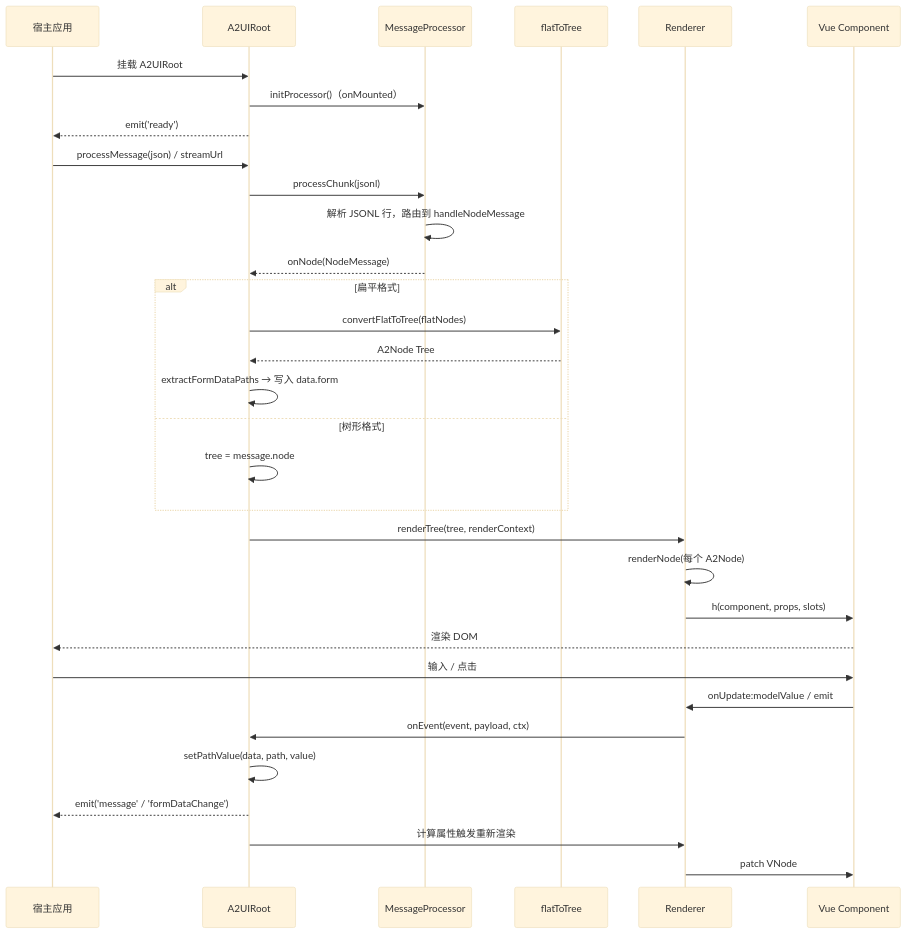
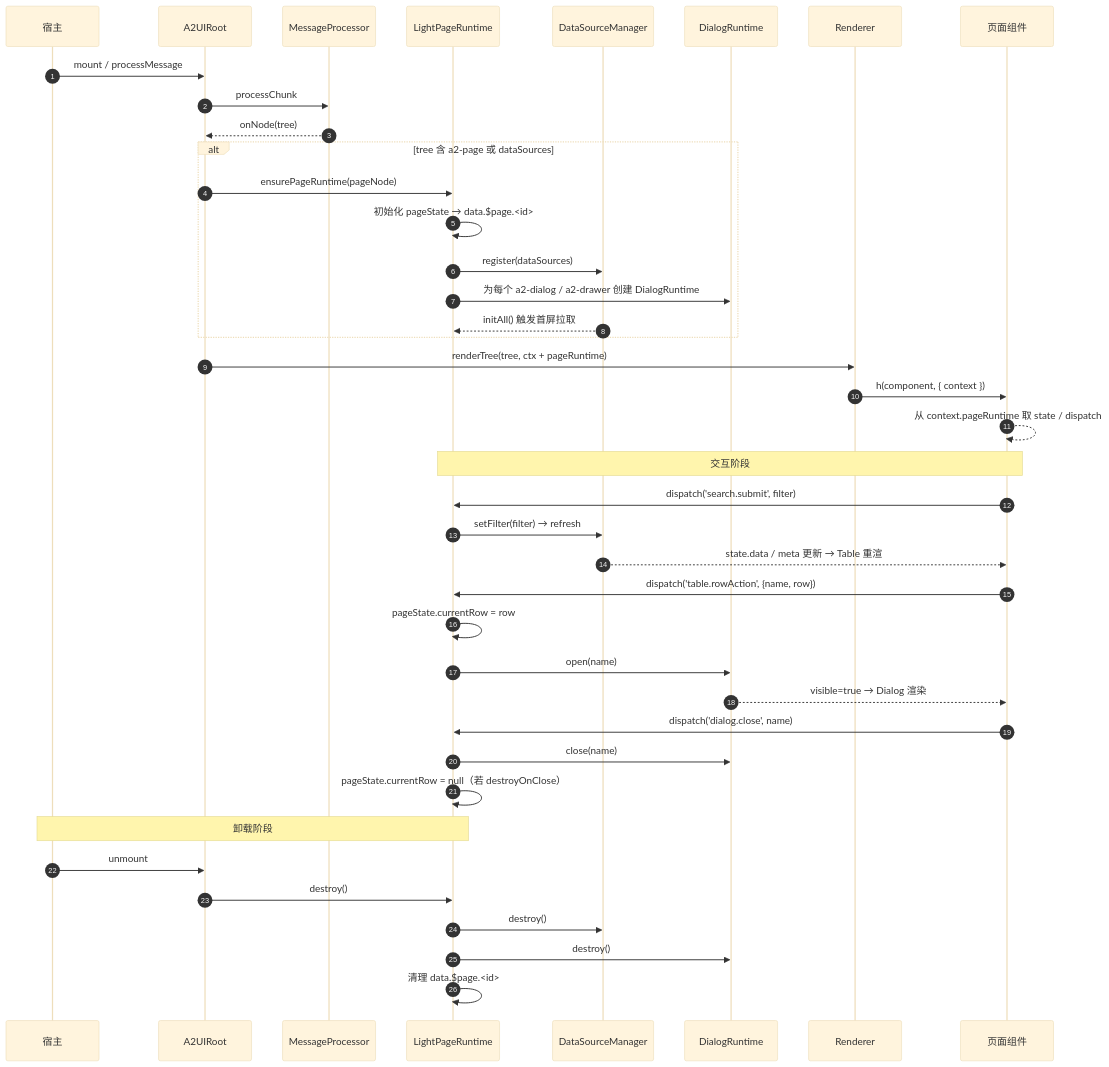
Before and after one commit to chenhui9392/a2ui-vue-engine: the third of 3 diagrams in packages/a2ui-docs/docs/architecture/runtime-design.md, drawn with Mermaid (base theme). The commit also changed other lines of this file and 38 other files, not shown here.

````diff
--- a/packages/a2ui-docs/docs/architecture/runtime-design.md
+++ b/packages/a2ui-docs/docs/architecture/runtime-design.md
@@ -79,39 +224,51 @@
 ```mermaid
 sequenceDiagram
-    participant User as 宿主应用
+    autonumber
+    participant Host as 宿主
     participant Root as A2UIRoot
     participant MP as MessageProcessor
-    participant F2T as flatToTree
+    participant LPR as LightPageRuntime
+    participant DS as DataSourceManager
+    participant DR as DialogRuntime
     participant R as Renderer
-    participant C as Vue Component
+    participant Comp as 页面组件
 
-    User->>Root: 挂载 A2UIRoot
-    Root->>MP: initProcessor()（onMounted）
-    Root-->>User: emit('ready')
+    Host->>Root: mount / processMessage
+    Root->>MP: processChunk
+    MP-->>Root: onNode(tree)
 
-    User->>Root: processMessage(json) / streamUrl
-    Root->>MP: processChunk(jsonl)
-    MP->>MP: 解析 JSONL 行，路由到 handleNodeMessage
-    MP-->>Root: onNode(NodeMessage)
-
-    alt 扁平格式
-        Root->>F2T: convertFlatToTree(flatNodes)
-        F2T-->>Root: A2Node Tree
-        Root->>Root: extractFormDataPaths → 写入 data.form
-    else 树形格式
-        Root->>Root: tree = message.node
+    alt tree 含 a2-page 或 dataSources
+        Root->>LPR: ensurePageRuntime(pageNode)
+        LPR->>LPR: 初始化 pageState → data.$page.<id>
+        LPR->>DS: register(dataSources)
+        LPR->>DR: 为每个 a2-dialog / a2-drawer 创建 DialogRuntime
+        DS-->>LPR: initAll() 触发首屏拉取
     end
 
-    Root->>R: renderTree(tree, renderContext)
-    R->>R: renderNode(每个 A2Node)
-    R->>C: h(component, props, slots)
-    C-->>User: 渲染 DOM
+    Root->>R: renderTree(tree, ctx + pageRuntime)
+    R->>Comp: h(component, { context })
+    Comp-->>Comp: 从 context.pageRuntime 取 state / dispatch
 
-    User->>C: 输入 / 点击
-    C->>R: onUpdate:modelValue / emit
-    R->>Root: onEvent(event, payload, ctx)
-    Root->>Root: setPathValue(data, path, value)
-    Root-->>User: emit('message' / 'formDataChange')
-    Root->>R: 计算属性触发重新渲染
-    R->>C: patch VNode
+    Note over Comp,LPR: 交互阶段
+
+    Comp->>LPR: dispatch('search.submit', filter)
+    LPR->>DS: setFilter(filter) → refresh
+    DS-->>Comp: state.data / meta 更新 → Table 重渲
+
+    Comp->>LPR: dispatch('table.rowAction', {name, row})
+    LPR->>LPR: pageState.currentRow = row
+    LPR->>DR: open(name)
+    DR-->>Comp: visible=true → Dialog 渲染
+
+    Comp->>LPR: dispatch('dialog.close', name)
+    LPR->>DR: close(name)
+    LPR->>LPR: pageState.currentRow = null（若 destroyOnClose）
+
+    Note over Host,LPR: 卸载阶段
+
+    Host->>Root: unmount
+    Root->>LPR: destroy()
+    LPR->>DS: destroy()
+    LPR->>DR: destroy()
+    LPR->>LPR: 清理 data.$page.<id>
 ```
````
